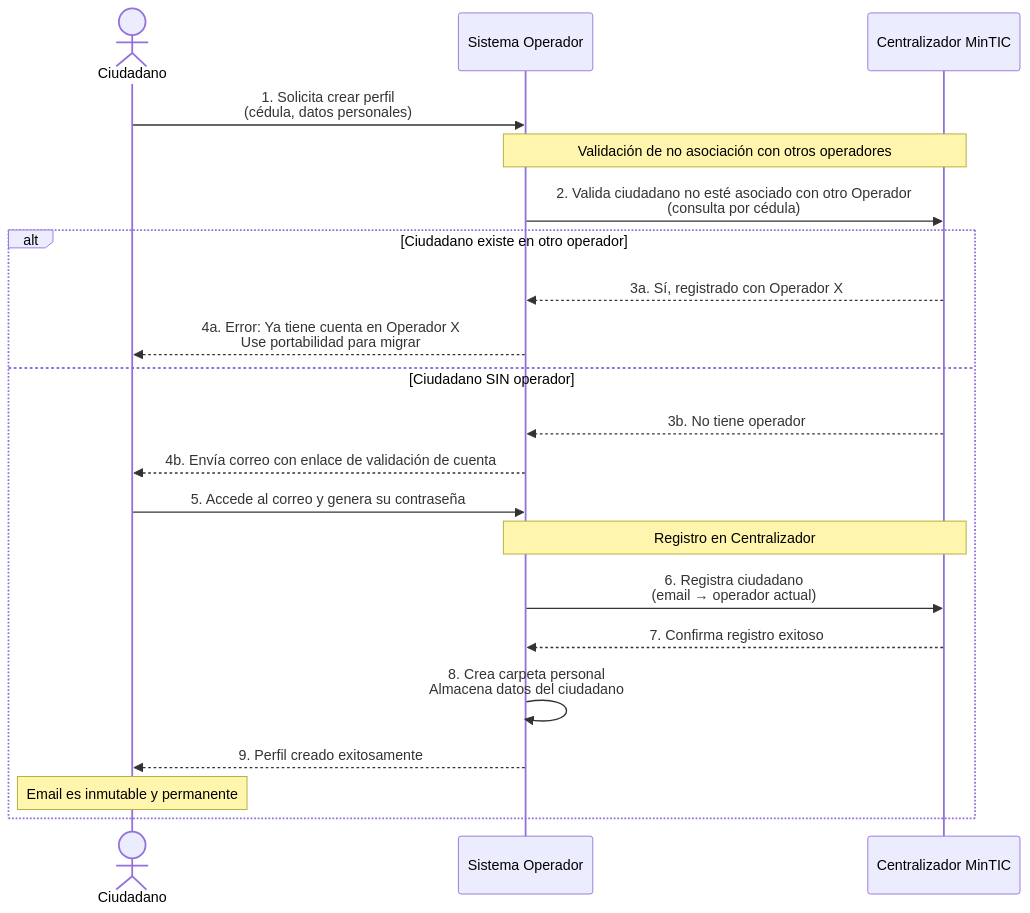
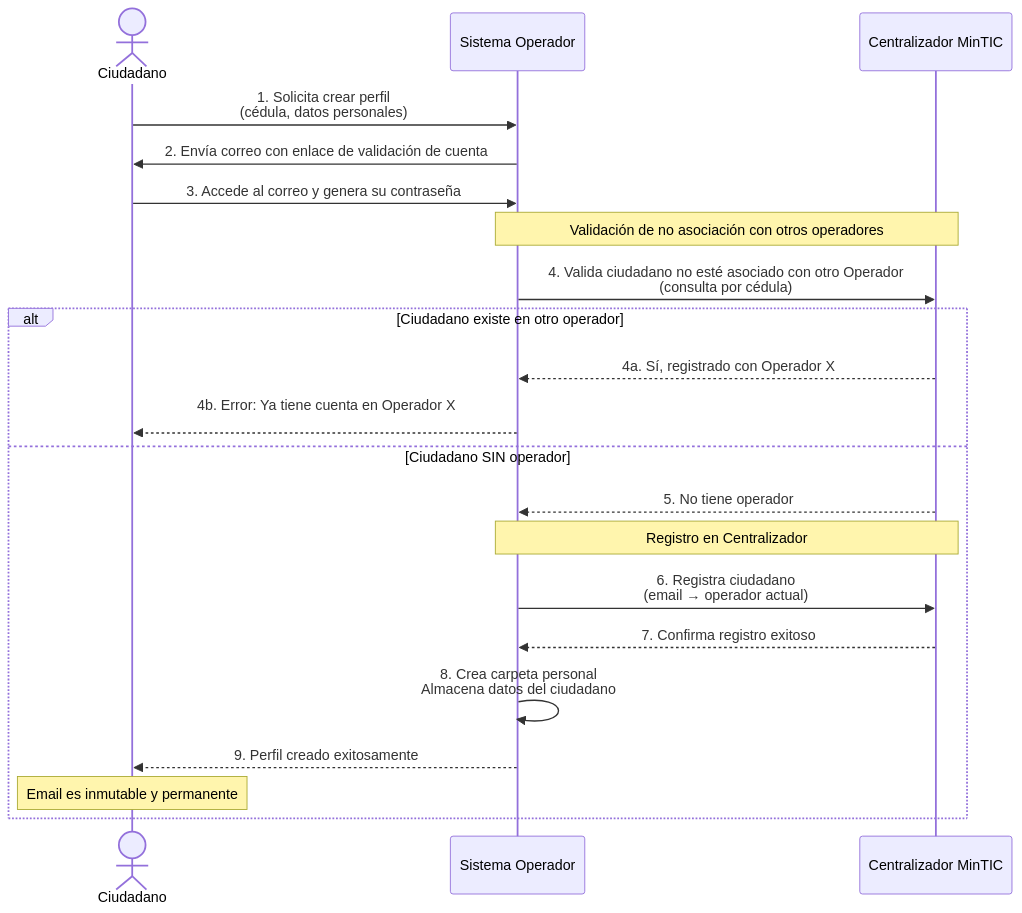
One commit to edwaraco/carpetaCiudadana changed the third of 10 diagrams in docs/c4_diagrams.md. Above: the diagram before and after it, drawn with Mermaid. The commit also changed other lines of this file, not shown here.

Commit message:
Update sequence diagram for user registration process and authentication (#33)

````diff
--- a/docs/c4_diagrams.md
+++ b/docs/c4_diagrams.md
@@ -365,30 +365,29 @@
 ```mermaid
 sequenceDiagram
     actor C as Ciudadano
     participant OP as Sistema Operador
     participant CENT as Centralizador MinTIC
 
     C->>OP: 1. Solicita crear perfil<br/>(cédula, datos personales)
+    OP->>C: 2. Envía correo con enlace de validación de cuenta
+    C->>OP: 3. Accede al correo y genera su contraseña
 
     Note over OP,CENT: Validación de no asociación con otros operadores
-    OP->>CENT: 2. Valida ciudadano no esté asociado con otro Operador<br/>(consulta por cédula)
+    OP->>CENT: 4. Valida ciudadano no esté asociado con otro Operador<br/>(consulta por cédula)
 
     alt Ciudadano existe en otro operador
-        CENT-->>OP: 3a. Sí, registrado con Operador X
-        OP-->>C: 4a. Error: Ya tiene cuenta en Operador X<br/>Use portabilidad para migrar
+        CENT-->>OP: 4a. Sí, registrado con Operador X
+        OP-->>C: 4b. Error: Ya tiene cuenta en Operador X<br/>
     else Ciudadano SIN operador
-        CENT-->>OP: 3b. No tiene operador
-
-        OP-->>C: 4b. Envía correo con enlace de validación de cuenta
-        C->>OP: 5. Accede al correo y genera su contraseña
+        CENT-->>OP: 5. No tiene operador
 
         Note over OP,CENT: Registro en Centralizador
         OP->>CENT: 6. Registra ciudadano<br/>(email → operador actual)
         CENT-->>OP: 7. Confirma registro exitoso
 
         OP->>OP: 8. Crea carpeta personal<br/>Almacena datos del ciudadano
         OP-->>C: 9. Perfil creado exitosamente
 
         Note over C: Email es inmutable y permanente
     end
 ```
````
